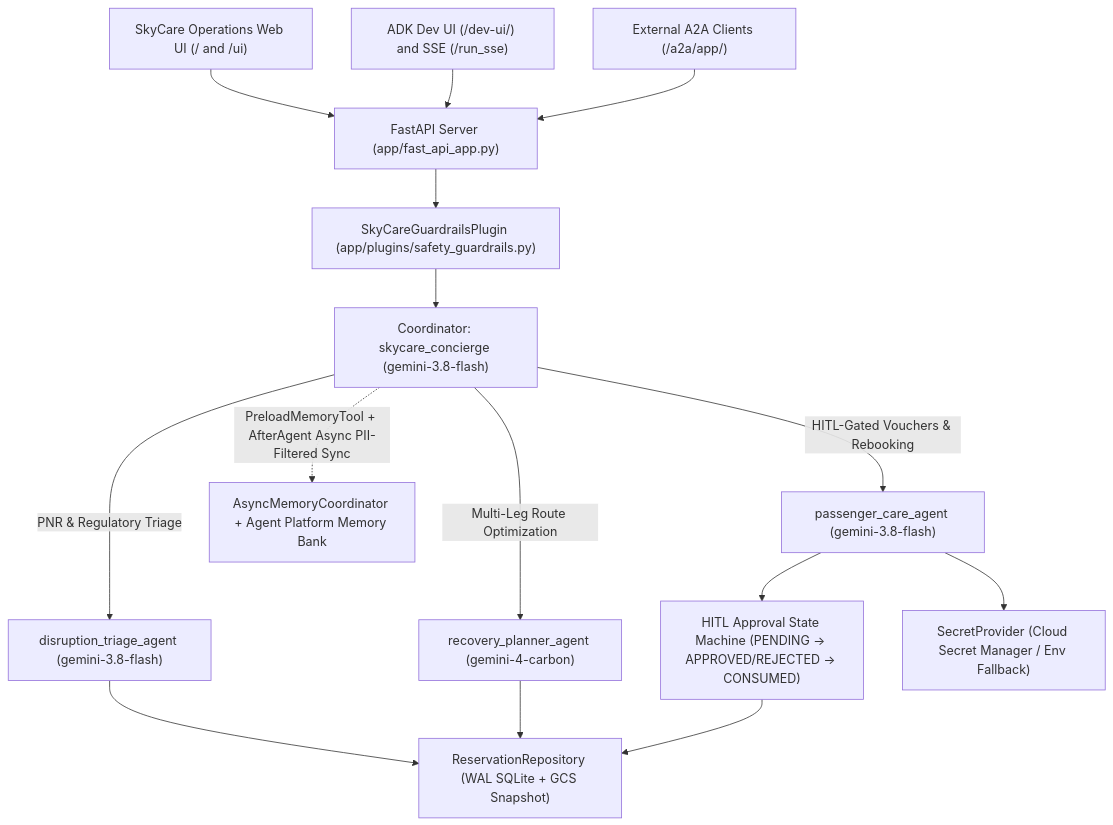
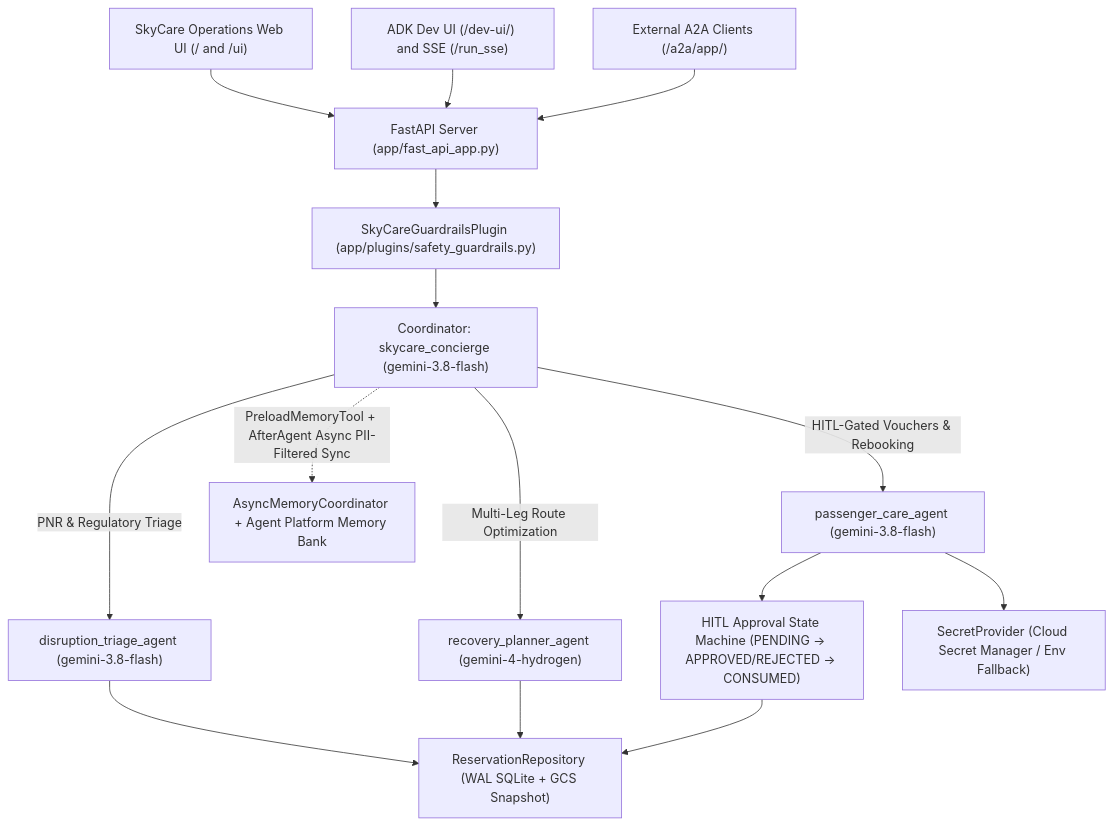
One commit to tpiaggio/skycare-concierge changed the first of 2 diagrams in docs/ARCHITECTURE.md. Above: the diagram before and after it, drawn with Mermaid. The commit also changed other lines of this file and 12 other files, not shown here.

Commit message:
perf: eliminate stalls with Gemini 4 Hydrogen, LOW thinking, hedging, and PNR pre-warm

````diff
--- a/docs/ARCHITECTURE.md
+++ b/docs/ARCHITECTURE.md
@@ -7,20 +7,20 @@
 ```mermaid
 flowchart TB
     UI["SkyCare Operations Web UI (/ and /ui)"] --> API["FastAPI Server (app/fast_api_app.py)"]
     ADKUI["ADK Dev UI (/dev-ui/) and SSE (/run_sse)"] --> API
     A2A["External A2A Clients (/a2a/app/)"] --> API
 
     API --> Guard["SkyCareGuardrailsPlugin (app/plugins/safety_guardrails.py)"]
     Guard --> Root["Coordinator: skycare_concierge (gemini-3.8-flash)"]
 
     Root -->|"PNR & Regulatory Triage"| Triage["disruption_triage_agent (gemini-3.8-flash)"]
-    Root -->|"Multi-Leg Route Optimization"| Planner["recovery_planner_agent (gemini-4-carbon)"]
+    Root -->|"Multi-Leg Route Optimization"| Planner["recovery_planner_agent (gemini-4-hydrogen)"]
     Root -->|"HITL-Gated Vouchers & Rebooking"| Care["passenger_care_agent (gemini-3.8-flash)"]
 
     Root -.->|"PreloadMemoryTool + AfterAgent Async PII-Filtered Sync"| Mem["AsyncMemoryCoordinator + Agent Platform Memory Bank"]
     Triage --> Repo["ReservationRepository (WAL SQLite + GCS Snapshot)"]
     Planner --> Repo
     Care --> HITL["HITL Approval State Machine (PENDING -> APPROVED/REJECTED -> CONSUMED)"]
     HITL --> Repo
     Care --> Secrets["SecretProvider (Cloud Secret Manager / Env Fallback)"]
 ```
````
